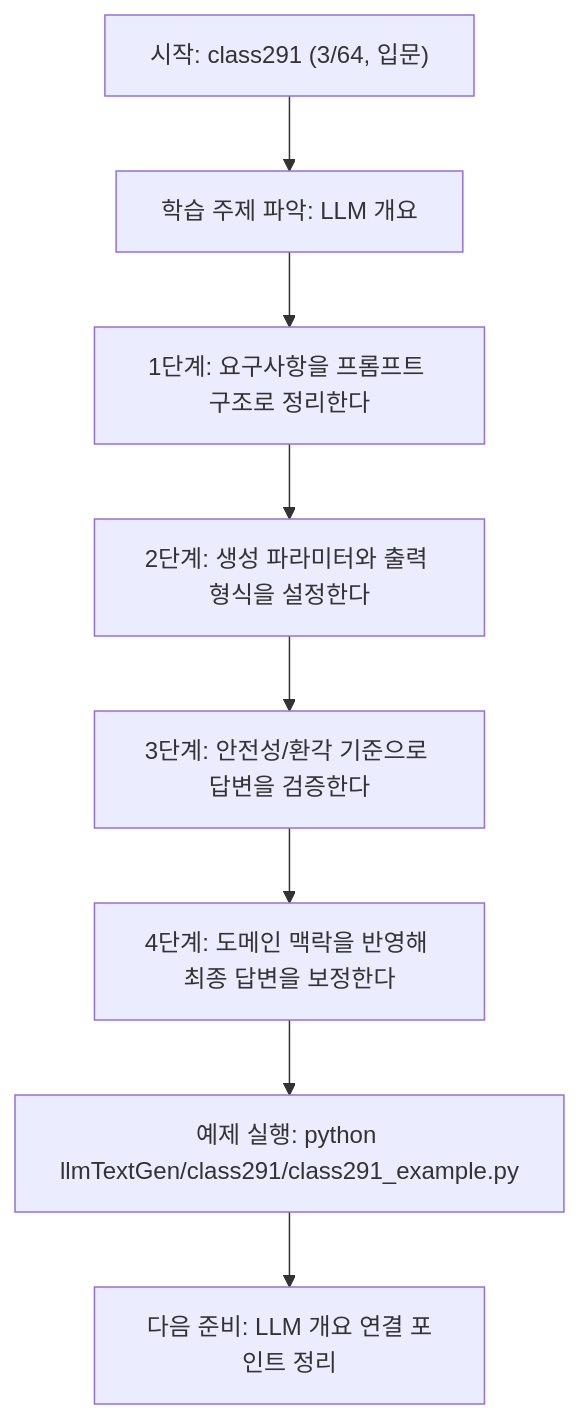
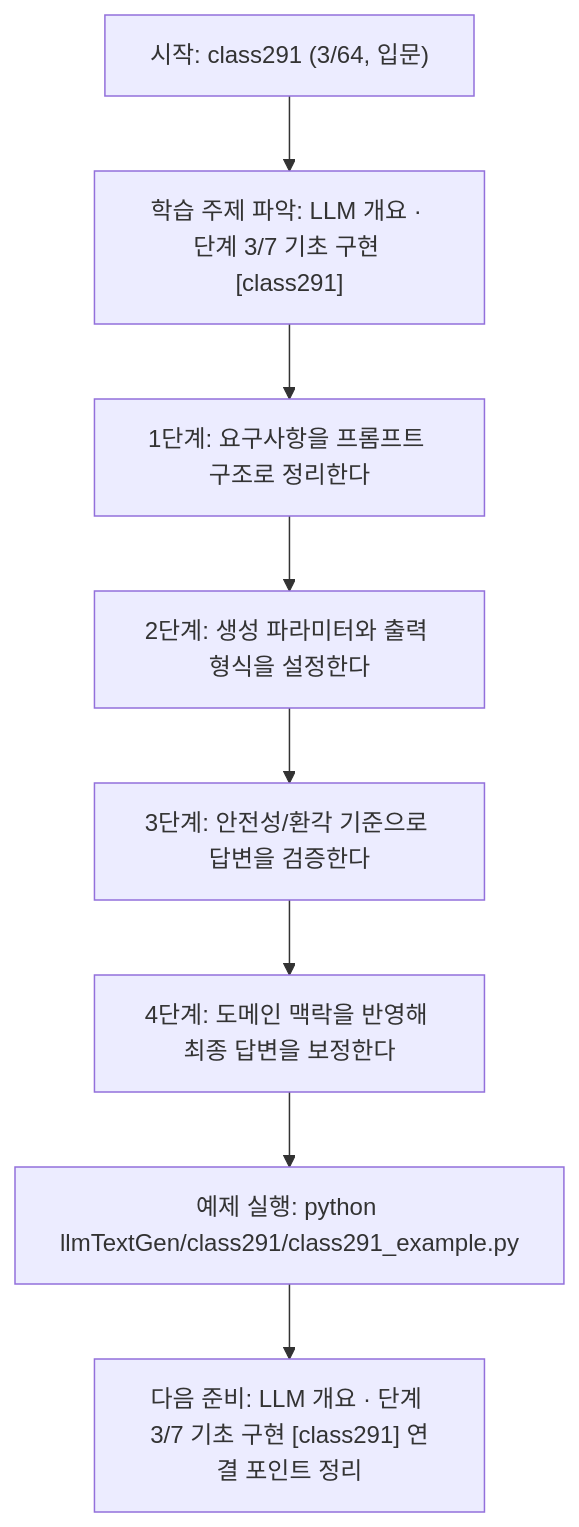
The diagram in llmTextGen/class291/class291.md (edumgt/Python-AI_Agent-Class), drawn with Mermaid before and after one commit. The commit also changed other lines of this file and 522 other files, not shown here.

````diff
--- a/llmTextGen/class291/class291.md
+++ b/llmTextGen/class291/class291.md
@@ -112,18 +113,18 @@
 ```mermaid
 flowchart TD
 N1["시작: class291 (3/64, 입문)"]
-N2["학습 주제 파악: LLM 개요"]
+N2["학습 주제 파악: LLM 개요 · 단계 3/7 기초 구현 [class291]"]
 N3["1단계: 요구사항을 프롬프트 구조로 정리한다"]
 N4["2단계: 생성 파라미터와 출력 형식을 설정한다"]
 N5["3단계: 안전성/환각 기준으로 답변을 검증한다"]
 N6["4단계: 도메인 맥락을 반영해 최종 답변을 보정한다"]
 N7["예제 실행: python llmTextGen/class291/class291_example.py"]
-N8["다음 준비: LLM 개요 연결 포인트 정리"]
+N8["다음 준비: LLM 개요 · 단계 3/7 기초 구현 [class291] 연결 포인트 정리"]
 N1 --> N2
 N2 --> N3
 N3 --> N4
 N4 --> N5
 N5 --> N6
 N6 --> N7
 N7 --> N8
 ```
````
